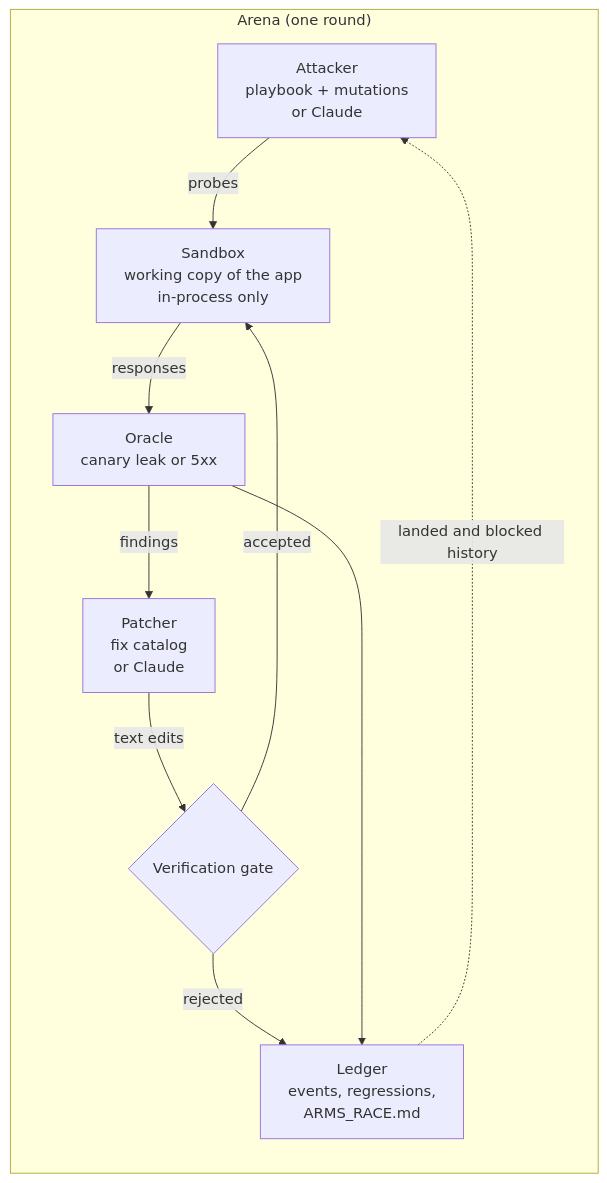
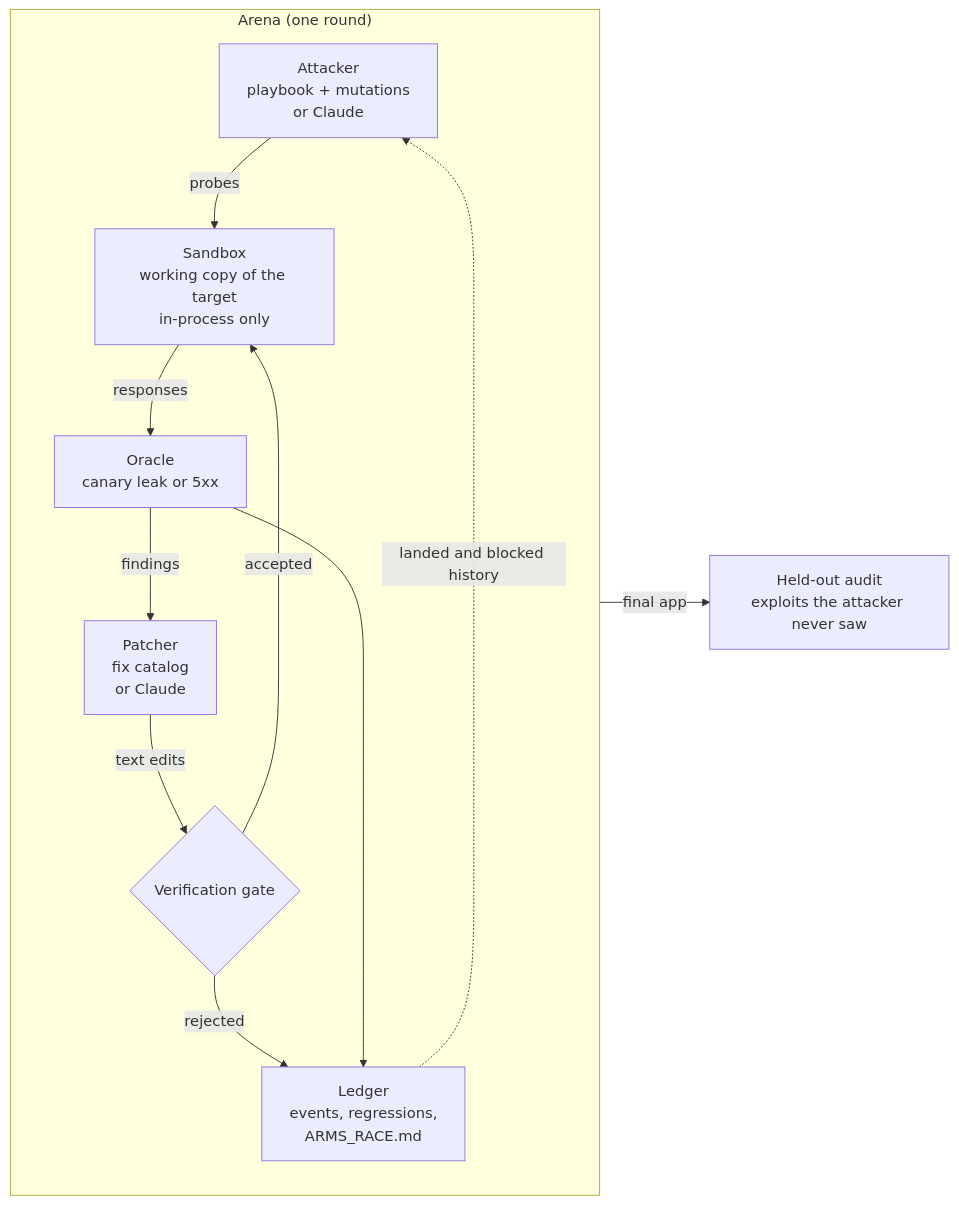
The diagram in README.md (AkshayTallikar/codebase-red-team), drawn with Mermaid before and after one commit. The commit also changed other lines of this file and 17 other files, not shown here.

````diff
--- a/README.md
+++ b/README.md
@@ -48,13 +78,14 @@
 ```mermaid
 flowchart LR
     subgraph Arena["Arena (one round)"]
-        A["Attacker<br/>playbook + mutations<br/>or Claude"] -->|probes| S["Sandbox<br/>working copy of the app<br/>in-process only"]
+        A["Attacker<br/>playbook + mutations<br/>or Claude"] -->|probes| S["Sandbox<br/>working copy of the target<br/>in-process only"]
         S -->|responses| O["Oracle<br/>canary leak or 5xx"]
         O -->|findings| P["Patcher<br/>fix catalog<br/>or Claude"]
         P -->|text edits| G{"Verification gate"}
         G -->|accepted| S
         G -->|rejected| L
         O --> L["Ledger<br/>events, regressions,<br/>ARMS_RACE.md"]
     end
     L -.->|landed and blocked history| A
+    Arena -->|final app| AU["Held-out audit<br/>exploits the attacker never saw"]
 ```
````
